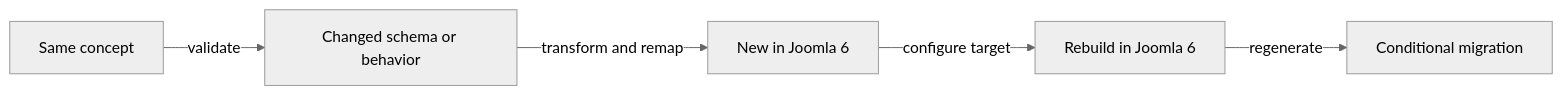
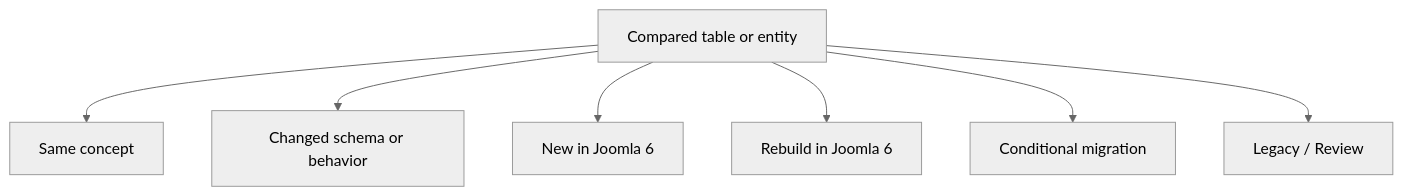
One commit to duyduyly/php-notebook changed the first of 21 diagrams in docs/joomla/learning/database/joomla3-vs-joomla6-erd-gap-diagrams.md. Above: the diagram before and after it, drawn with Mermaid (neutral theme). The commit also changed other lines of this file, not shown here.

Commit message:
docs: improve Joomla 3 vs Joomla 6 ERD gap diagrams

````diff
--- a/docs/joomla/learning/database/joomla3-vs-joomla6-erd-gap-diagrams.md
+++ b/docs/joomla/learning/database/joomla3-vs-joomla6-erd-gap-diagrams.md
@@ -31,13 +52,11 @@
 ```mermaid
-flowchart LR
-    SAME["Same concept"]
-    CHANGED["Changed schema or behavior"]
-    NEW["New in Joomla 6"]
-    REBUILD["Rebuild in Joomla 6"]
-    CONDITIONAL["Conditional migration"]
+flowchart TB
+    ENTITY["Compared table or entity"]
 
-    SAME -->|validate| CHANGED
-    CHANGED -->|transform and remap| NEW
-    NEW -->|configure target| REBUILD
-    REBUILD -->|regenerate| CONDITIONAL
+    ENTITY --> SAME["Same concept"]
+    ENTITY --> CHANGED["Changed schema or behavior"]
+    ENTITY --> NEW["New in Joomla 6"]
+    ENTITY --> REBUILD["Rebuild in Joomla 6"]
+    ENTITY --> CONDITIONAL["Conditional migration"]
+    ENTITY --> LEGACY["Legacy / Review"]
 ```
````
